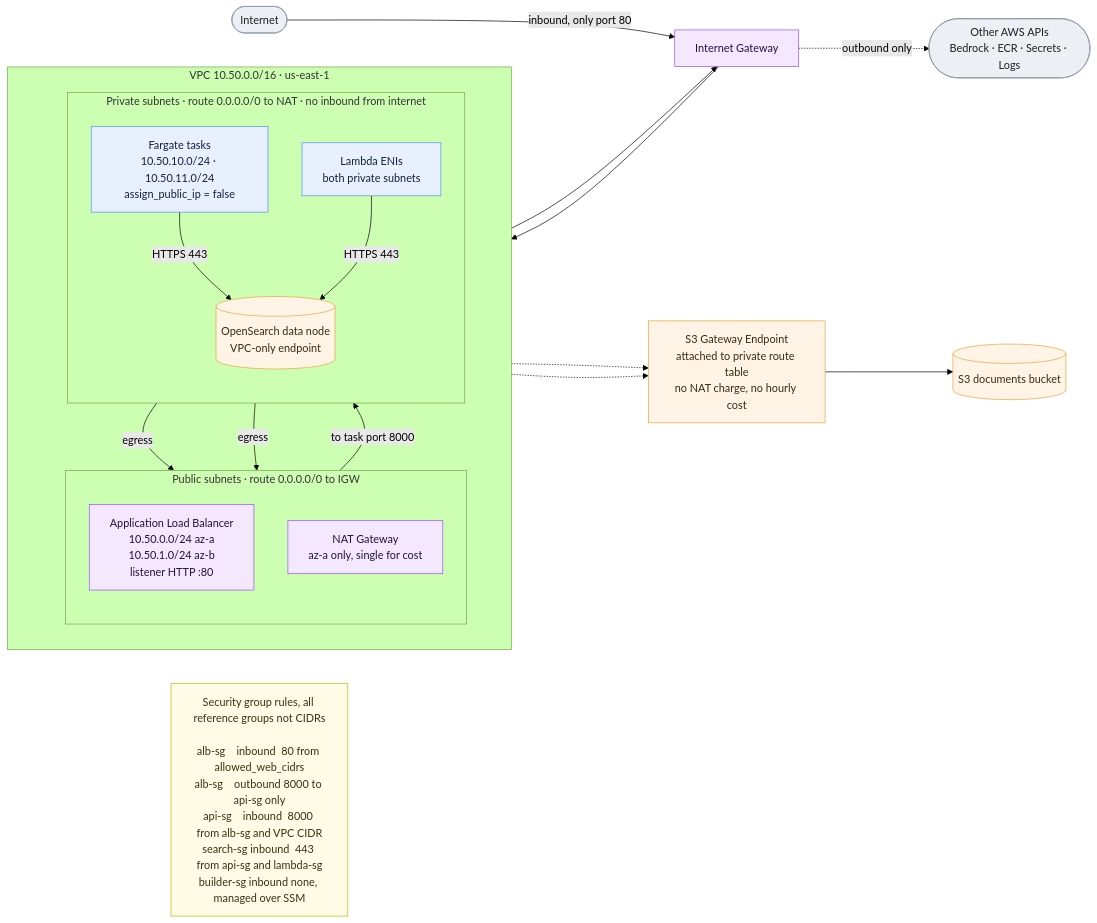
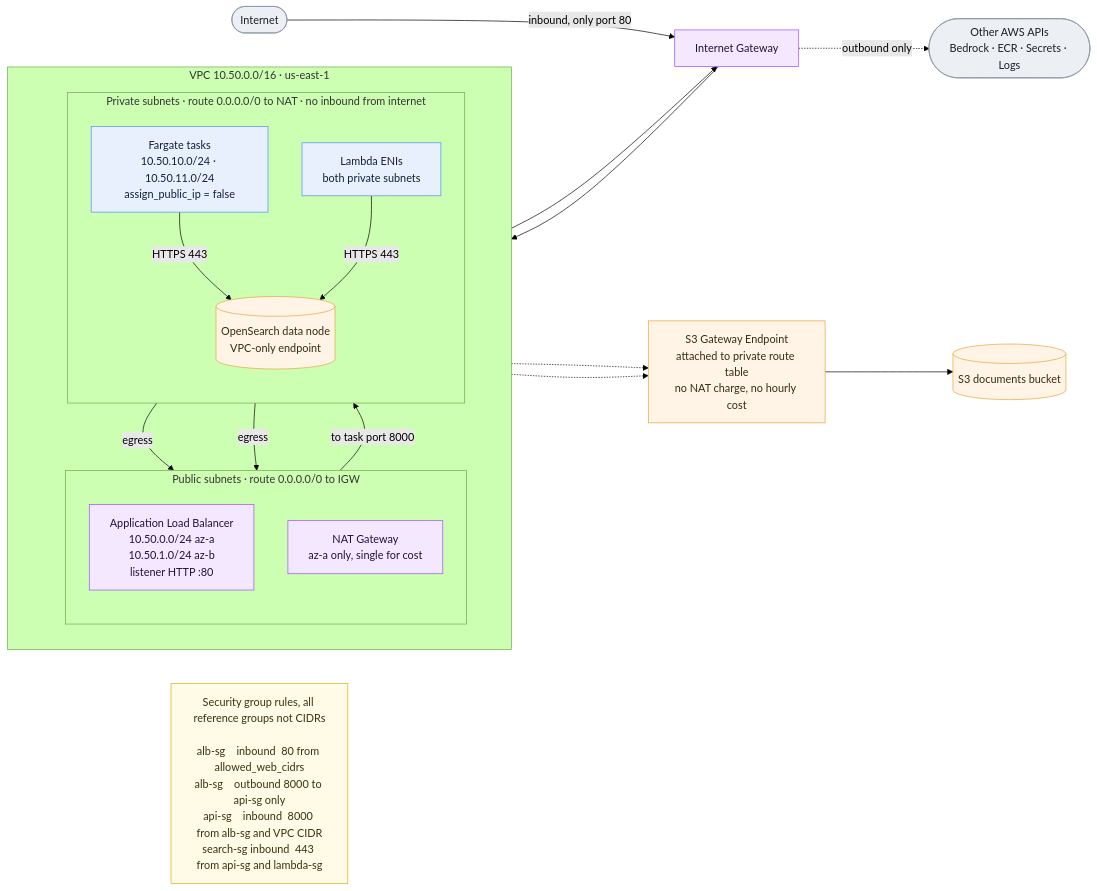
Before and after one commit to vardhan1228/rag-devops-project: the diagram in docs/diagrams/01-network-topology.mmd, drawn with Mermaid (forest theme). The commit also changed 22 other files, not shown here.

```diff
--- a/docs/diagrams/01-network-topology.mmd
+++ b/docs/diagrams/01-network-topology.mmd
@@ -1,56 +1,56 @@
 %% Where things physically sit, and how traffic is allowed to move.
 %% Edges connect concrete nodes only, to keep the routing legible.
 flowchart LR
   net(["Internet"])
   igw["Internet Gateway"]
 
   subgraph vpc["VPC 10.50.0.0/16 · us-east-1"]
     direction TB
 
     subgraph pub["Public subnets · route 0.0.0.0/0 to IGW"]
       direction TB
       alb["Application Load Balancer<br/>10.50.0.0/24 az-a<br/>10.50.1.0/24 az-b<br/>listener HTTP :80"]
       nat["NAT Gateway<br/>az-a only, single for cost"]
     end
 
     subgraph priv["Private subnets · route 0.0.0.0/0 to NAT · no inbound from internet"]
       direction TB
       ecs["Fargate tasks<br/>10.50.10.0/24 · 10.50.11.0/24<br/>assign_public_ip = false"]
       lam["Lambda ENIs<br/>both private subnets"]
       os[("OpenSearch data node<br/>VPC-only endpoint")]
     end
   end
 
   s3ep["S3 Gateway Endpoint<br/>attached to private route table<br/>no NAT charge, no hourly cost"]
   s3[("S3 documents bucket")]
   aws(["Other AWS APIs<br/>Bedrock · ECR · Secrets · Logs"])
 
   net -->|"inbound, only port 80"| igw
   igw --> alb
   alb -->|"to task port 8000"| ecs
 
   ecs -->|"HTTPS 443"| os
   lam -->|"HTTPS 443"| os
 
   ecs -->|"egress"| nat
   lam -->|"egress"| nat
   nat --> igw
   igw -.->|"outbound only"| aws
 
   ecs -.-> s3ep
   lam -.-> s3ep
   s3ep --> s3
 
-  sg["Security group rules, all reference groups not CIDRs<br/><br/>alb-sg    inbound  80 from allowed_web_cidrs<br/>alb-sg    outbound 8000 to api-sg only<br/>api-sg    inbound  8000 from alb-sg and VPC CIDR<br/>search-sg inbound  443 from api-sg and lambda-sg<br/>builder-sg inbound none, managed over SSM"]
+  sg["Security group rules, all reference groups not CIDRs<br/><br/>alb-sg    inbound  80 from allowed_web_cidrs<br/>alb-sg    outbound 8000 to api-sg only<br/>api-sg    inbound  8000 from alb-sg and VPC CIDR<br/>search-sg inbound  443 from api-sg and lambda-sg"]
 
   classDef edge fill:#f3e8ff,stroke:#9a4cff,color:#26113a
   classDef compute fill:#e8f0fe,stroke:#4c8dff,color:#11203a
   classDef store fill:#fff4e5,stroke:#e8a33d,color:#3a2a11
   classDef ext fill:#eceff4,stroke:#8b96a8,color:#1b2027
   classDef note fill:#fffbe6,stroke:#d4b106,color:#3a3111
 
   class alb,nat,igw edge
   class ecs,lam compute
   class os,s3,s3ep store
   class net,aws ext
   class sg note
```
